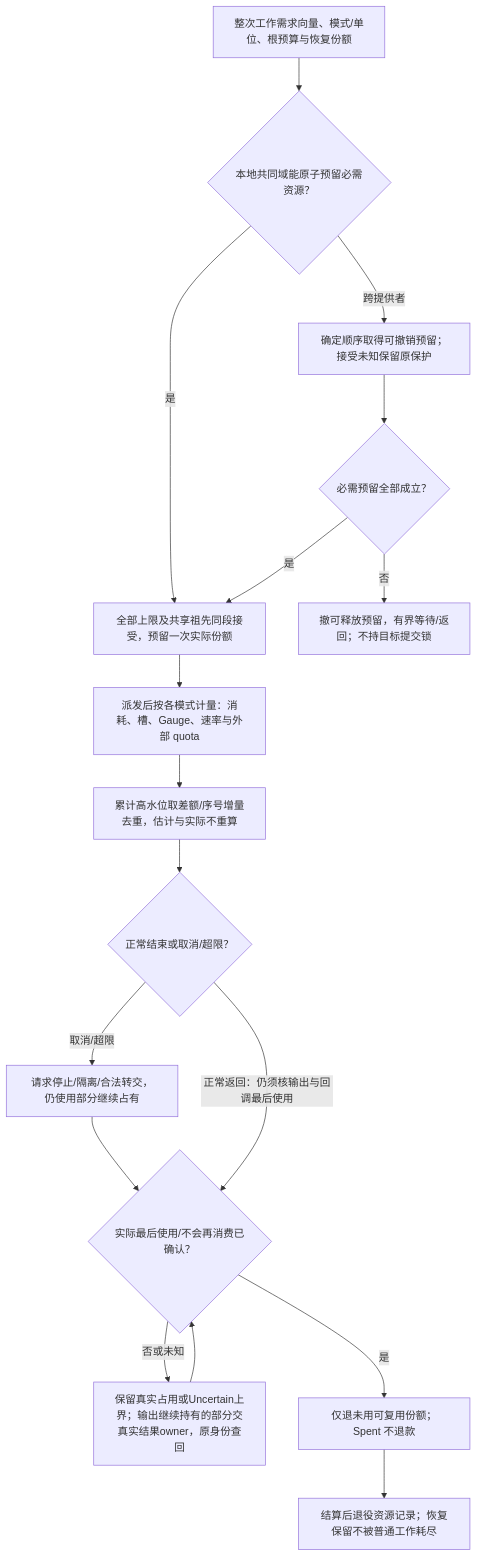
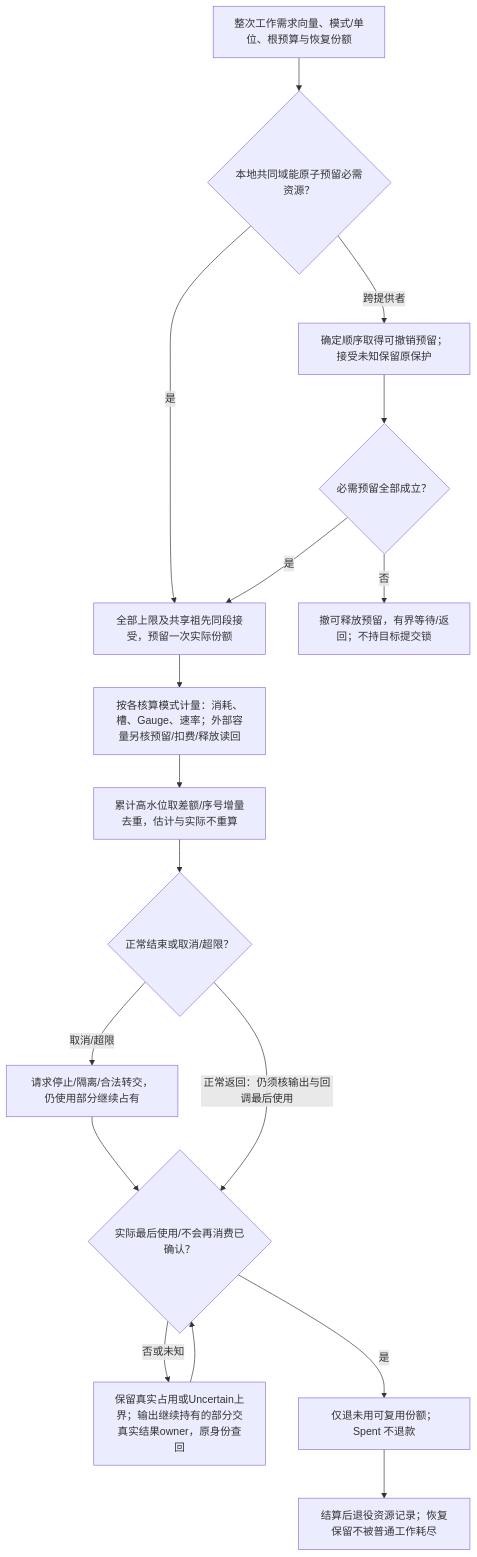
Before and after one commit to sec-platform/sec: the ninth of 12 diagrams in docs/运行/权限与资源管理.md, drawn with Mermaid. The commit also changed other lines of this file and 8 other files, not shown here.

````diff
--- a/docs/运行/权限与资源管理.md
+++ b/docs/运行/权限与资源管理.md
@@ -790,19 +791,19 @@
 ```mermaid
 flowchart TB
   demand["整次工作需求向量、模式/单位、根预算与恢复份额"] --> capacity{"本地共同域能原子预留必需资源？"}
   capacity -->|是| reserve["全部上限及共享祖先同段接受，预留一次实际份额"]
   capacity -->|跨提供者| ordered["确定顺序取得可撤销预留；接受未知保留原保护"]
   ordered --> complete{"必需预留全部成立？"}
   complete -->|否| withdraw["撤可释放预留，有界等待/返回；不持目标提交锁"]
   complete -->|是| reserve
-  reserve --> execute["派发后按各模式计量：消耗、槽、Gauge、速率与外部 quota"]
+  reserve --> execute["按各核算模式计量：消耗、槽、Gauge、速率；外部容量另核预留/扣费/释放读回"]
   execute --> observe["累计高水位取差额/序号增量去重，估计与实际不重算"]
   observe --> stop{"正常结束或取消/超限？"}
   stop -->|取消/超限| termination["请求停止/隔离/合法转交，仍使用部分继续占有"]
   termination --> settled{"实际最后使用/不会再消费已确认？"}
   settled -->|否或未知| uncertain["保留真实占用或Uncertain上界；输出继续持有的部分交真实结果owner，原身份查回"]
   settled -->|是| release["仅退未用可复用份额；Spent 不退款"]
   stop -->|正常返回：仍须核输出与回调最后使用| settled
   release --> retire["结算后退役资源记录；恢复保留不被普通工作耗尽"]
   uncertain --> settled
 ```
````
